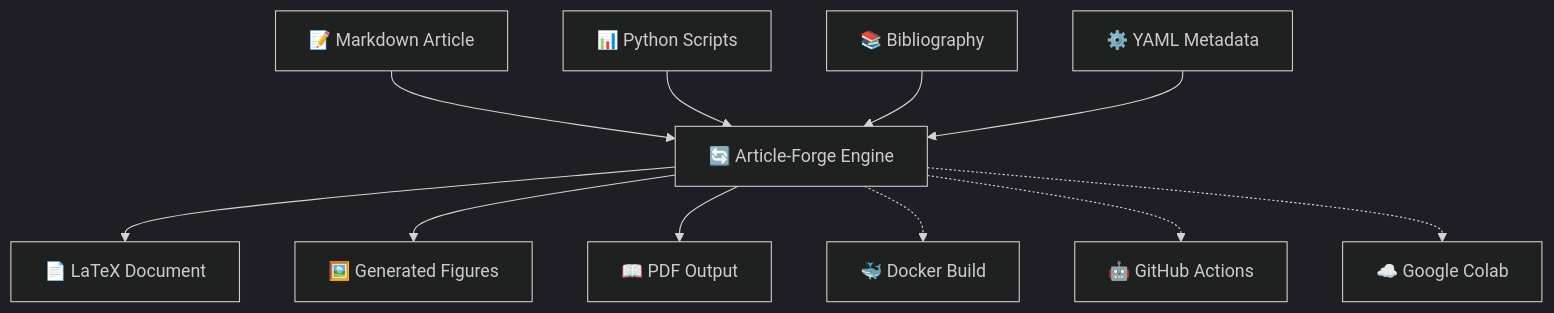
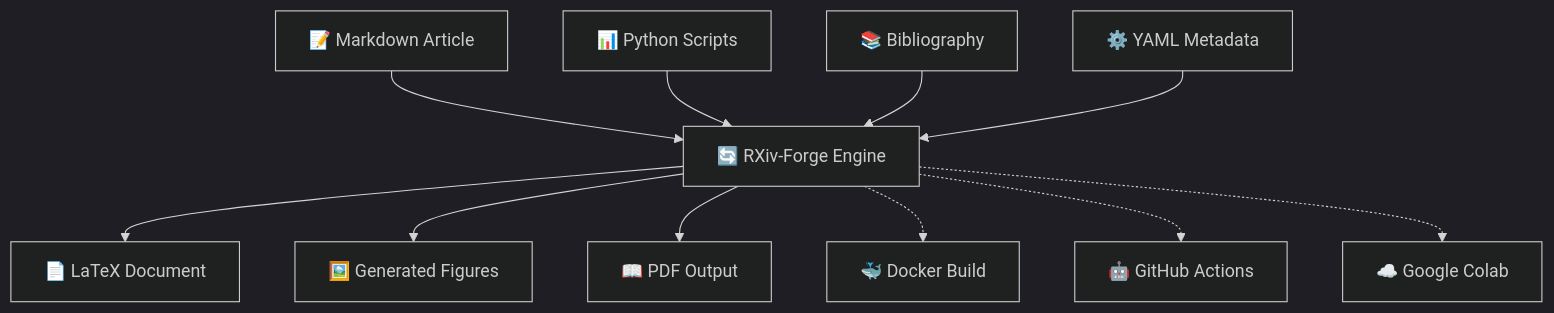
Before and after one commit to paxcalpt/rxiv-maker: the diagram in README.md, drawn with Mermaid (dark theme). The commit also changed other lines of this file and 32 other files, not shown here.

````diff
--- a/README.md
+++ b/README.md
@@ -208,15 +208,15 @@
 ```mermaid
 graph TD
-    A[📝 Markdown Article] --> E[🔄 Article-Forge Engine]
+    A[📝 Markdown Article] --> E[🔄 RXiv-Forge Engine]
     B[📊 Python Scripts] --> E
     C[📚 Bibliography] --> E
     D[⚙️ YAML Metadata] --> E
     
     E --> F[📄 LaTeX Document]
     E --> G[🖼️ Generated Figures]
     E --> H[📖 PDF Output]
     
     E -.-> I[🐳 Docker Build]
     E -.-> J[🤖 GitHub Actions]
     E -.-> K[☁️ Google Colab]
 ```
````
